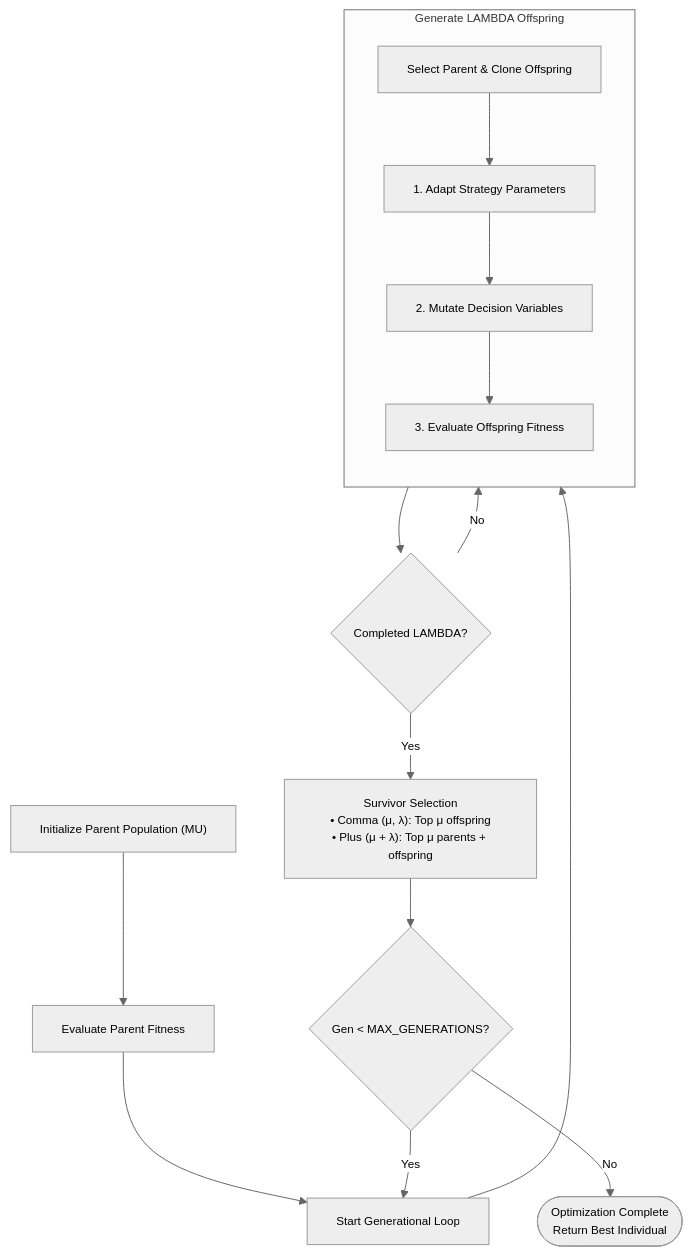
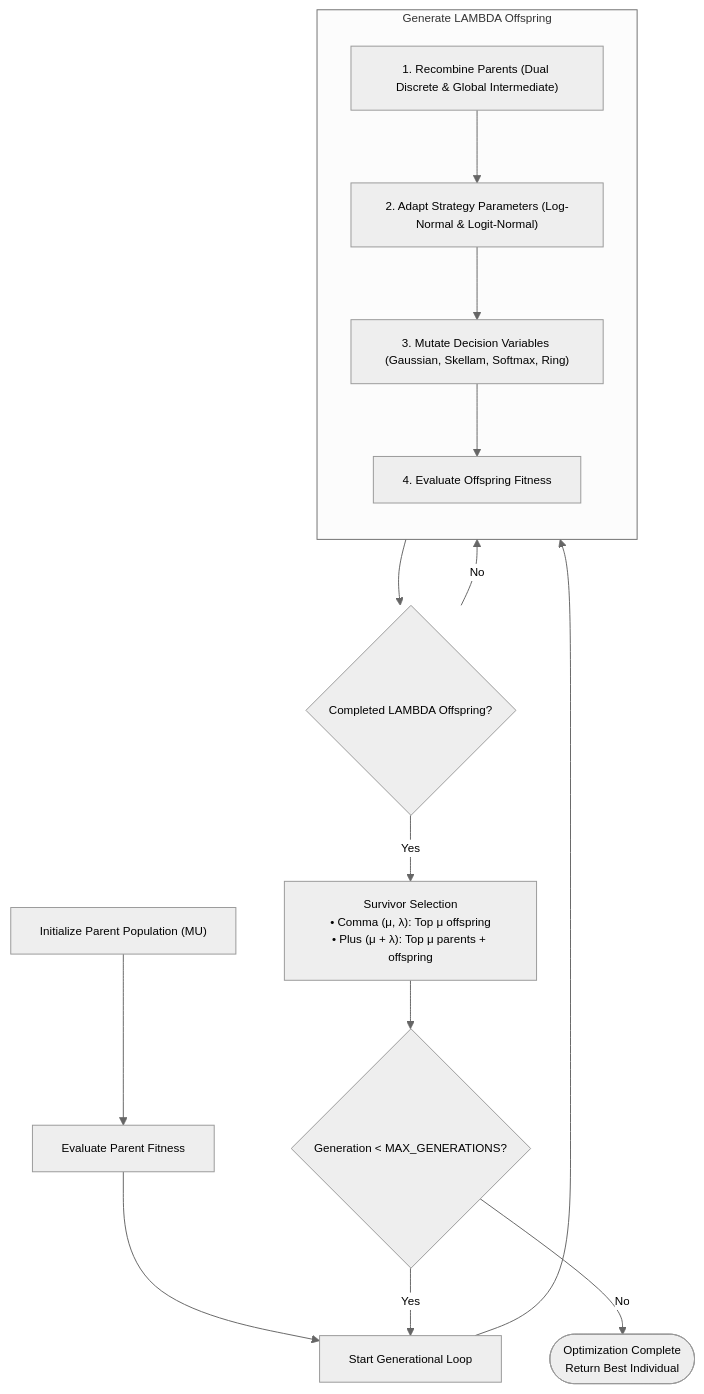
The diagram in README.md (Bejmo/generalized-es), drawn with Mermaid before and after one commit. The commit also changed other lines of this file and 5 other files, not shown here.

````diff
--- a/README.md
+++ b/README.md
@@ -103,25 +37,25 @@
 ```mermaid
 %%{init: {'theme': 'neutral', 'themeVariables': { 'fontSize': '12px', 'nodePadding': '6' }}}%%
 flowchart TD
     Init["Initialize Parent Population (MU)"] --> EvalParents["Evaluate Parent Fitness"]
     EvalParents --> LoopStart["Start Generational Loop"]
     
     subgraph OffspringLoop ["Generate LAMBDA Offspring"]
         direction TB
-        SelectP["Select Parent & Clone Offspring"]
-        AdaptS["1. Adapt Strategy Parameters"]
-        MutateV["2. Mutate Decision Variables"]
-        EvalC["3. Evaluate Offspring Fitness"]
+        Recombine["1. Recombine Parents (Dual Discrete & Global Intermediate)"]
+        AdaptS["2. Adapt Strategy Parameters (Log-Normal & Logit-Normal)"]
+        MutateV["3. Mutate Decision Variables (Gaussian, Skellam, Softmax, Ring)"]
+        EvalC["4. Evaluate Offspring Fitness"]
         
-        SelectP --> AdaptS --> MutateV --> EvalC
+        Recombine --> AdaptS --> MutateV --> EvalC
     end
 
     LoopStart --> OffspringLoop
-    OffspringLoop --> CheckLambda{"Completed LAMBDA?"}
+    OffspringLoop --> CheckLambda{"Completed LAMBDA Offspring?"}
     CheckLambda -- No --> OffspringLoop
     CheckLambda -- Yes --> Selection["Survivor Selection<br/>• Comma (μ, λ): Top μ offspring<br/>• Plus (μ + λ): Top μ parents + offspring"]
     
-    Selection --> CheckGen{"Gen < MAX_GENERATIONS?"}
+    Selection --> CheckGen{"Generation < MAX_GENERATIONS?"}
     CheckGen -- Yes --> LoopStart
     CheckGen -- No --> End(["Optimization Complete<br/>Return Best Individual"])
 ```
````
